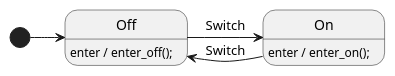
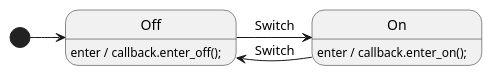
One commit to StateSmith/StateSmith changed the diagram in docs/languages/cpp/lightbulb.puml. Above: the diagram before and after it, drawn with PlantUML. The commit also changed 1 other file, not shown here.

```diff
--- a/docs/languages/cpp/lightbulb.puml
+++ b/docs/languages/cpp/lightbulb.puml
@@ -1,12 +1,12 @@
 @startuml
 [*] -> Off
 Off -> On : Switch
 On -> Off : Switch
 
 ' Use actions to call functions on various triggers, 
 ' such as entering or exiting a state.
 ' You can call these functions whatever you want.
 ' You will define these functions in your app.
-Off: enter / enter_off();
-On: enter / enter_on();
+Off: enter / callback.enter_off();
+On: enter / callback.enter_on();
 @enduml
```
